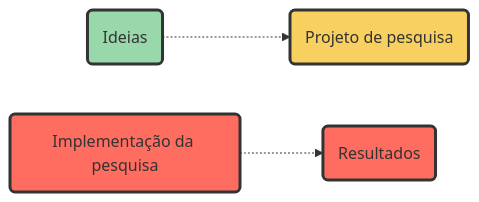
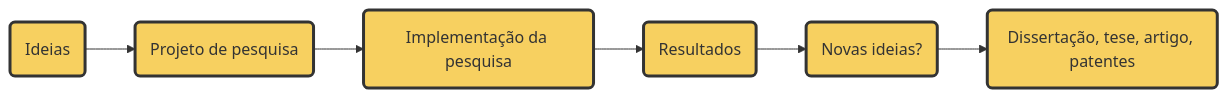
One commit to francojra/blog_quarto_divulgacao_cientifica changed the diagram in curso_escrita_cientifica.qmd. Above: the diagram before and after it, drawn with Mermaid. The commit also changed other lines of this file, not shown here.

````diff
--- a/curso_escrita_cientifica.qmd
+++ b/curso_escrita_cientifica.qmd
@@ -32,12 +30,17 @@
 ```{mermaid}
 
     flowchart LR
 
-      id1(Ideias) -.-> id2(Projeto de pesquisa)
-      id3(Implementação da pesquisa) -.-> id4(Resultados)
+      id1(Ideias) --> id2(Projeto de pesquisa) 
+      id2(Projeto de pesquisa) --> id3(Implementação da  pesquisa)
+      id3(Implementação da pesquisa) --> id4(Resultados) 
+      id4(Resultados) --> id5(Novas ideias?)
+      id5(Novas ideias?) --> id6(Dissertação, tese, artigo, patentes)
       
-      style id1 fill:#98D8AA,stroke:#333,stroke-width:3px
+      style id1 fill:#F7D060,stroke:#333,stroke-width:3px
       style id2 fill:#F7D060,stroke:#333,stroke-width:3px
-      style id3 fill:#FF6D60,stroke:#333,stroke-width:3px
-      style id4 fill:#FF6D60,stroke:#333,stroke-width:3px
+      style id3 fill:#F7D060,stroke:#333,stroke-width:3px
+      style id4 fill:#F7D060,stroke:#333,stroke-width:3px
+      style id5 fill:#F7D060,stroke:#333,stroke-width:3px
+      style id6 fill:#F7D060,stroke:#333,stroke-width:3px
 ```
````
